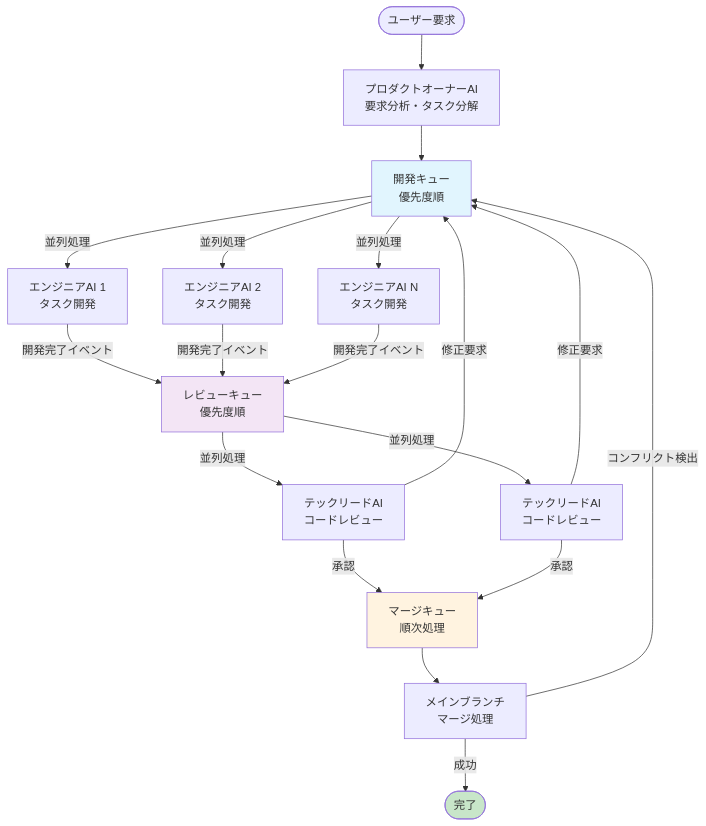
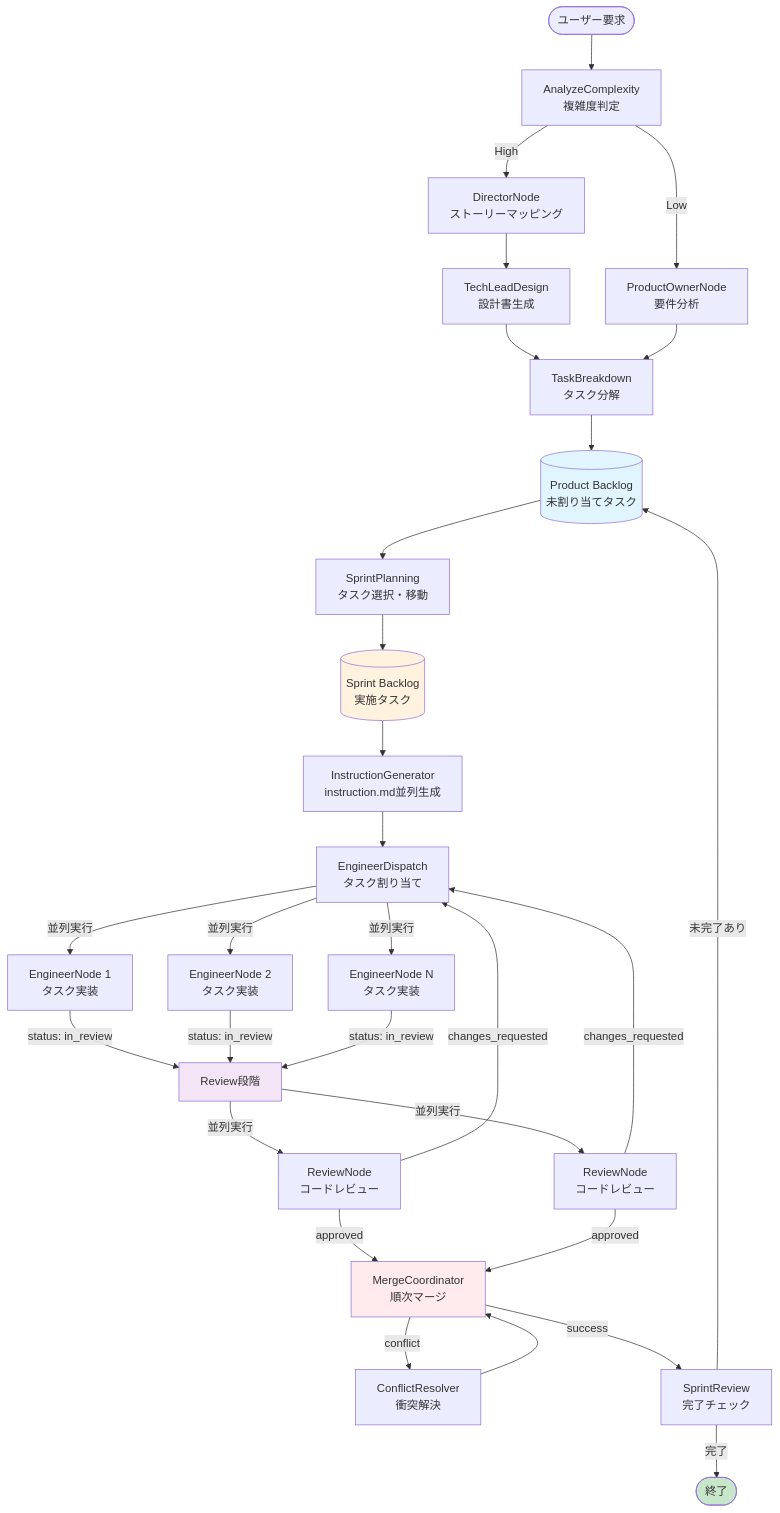
The first of 2 diagrams in docs/parallel-development-workflow.md (titabash/kugutsu), drawn with Mermaid before and after one commit. The commit also changed other lines of this file and 43 other files, not shown here.

````diff
--- a/docs/parallel-development-workflow.md
+++ b/docs/parallel-development-workflow.md
@@ -9,32 +15,51 @@
 ```mermaid
 graph TB
-    Start([ユーザー要求]) --> Analysis[プロダクトオーナーAI<br/>要求分析・タスク分解]
-    Analysis --> DQ[開発キュー<br/>優先度順]
-    
-    DQ --> |並列処理| Dev1[エンジニアAI 1<br/>タスク開発]
-    DQ --> |並列処理| Dev2[エンジニアAI 2<br/>タスク開発]
-    DQ --> |並列処理| Dev3[エンジニアAI N<br/>タスク開発]
-    
-    Dev1 --> |開発完了イベント| RQ[レビューキュー<br/>優先度順]
-    Dev2 --> |開発完了イベント| RQ
-    Dev3 --> |開発完了イベント| RQ
-    
-    RQ --> |並列処理| Rev1[テックリードAI<br/>コードレビュー]
-    RQ --> |並列処理| Rev2[テックリードAI<br/>コードレビュー]
-    
-    Rev1 --> |修正要求| DQ
-    Rev2 --> |修正要求| DQ
-    
-    Rev1 --> |承認| MQ[マージキュー<br/>順次処理]
-    Rev2 --> |承認| MQ
-    
-    MQ --> Merge[メインブランチ<br/>マージ処理]
-    
-    Merge --> |コンフリクト検出| DQ
-    Merge --> |成功| Complete([完了])
-    
-    style DQ fill:#e1f5fe
-    style RQ fill:#f3e5f5
-    style MQ fill:#fff3e0
+    Start([ユーザー要求]) --> Complexity[AnalyzeComplexity<br/>複雑度判定]
+
+    Complexity --> |High| Director[DirectorNode<br/>ストーリーマッピング]
+    Complexity --> |Low| PO[ProductOwnerNode<br/>要件分析]
+
+    Director --> TechLead[TechLeadDesign<br/>設計書生成]
+    TechLead --> TaskBreakdown[TaskBreakdown<br/>タスク分解]
+    PO --> TaskBreakdown
+
+    TaskBreakdown --> ProductBacklog[(Product Backlog<br/>未割り当てタスク)]
+
+    ProductBacklog --> SprintPlanning[SprintPlanning<br/>タスク選択・移動]
+
+    SprintPlanning --> SprintBacklog[(Sprint Backlog<br/>実施タスク)]
+
+    SprintBacklog --> InstructionGen[InstructionGenerator<br/>instruction.md並列生成]
+    InstructionGen --> Dispatch[EngineerDispatch<br/>タスク割り当て]
+
+    Dispatch --> |並列実行| Eng1[EngineerNode 1<br/>タスク実装]
+    Dispatch --> |並列実行| Eng2[EngineerNode 2<br/>タスク実装]
+    Dispatch --> |並列実行| Eng3[EngineerNode N<br/>タスク実装]
+
+    Eng1 --> |status: in_review| ReviewStage[Review段階]
+    Eng2 --> |status: in_review| ReviewStage
+    Eng3 --> |status: in_review| ReviewStage
+
+    ReviewStage --> |並列実行| Rev1[ReviewNode<br/>コードレビュー]
+    ReviewStage --> |並列実行| Rev2[ReviewNode<br/>コードレビュー]
+
+    Rev1 --> |changes_requested| Dispatch
+    Rev2 --> |changes_requested| Dispatch
+
+    Rev1 --> |approved| MergeCoord[MergeCoordinator<br/>順次マージ]
+    Rev2 --> |approved| MergeCoord
+
+    MergeCoord --> |conflict| ConflictRes[ConflictResolver<br/>衝突解決]
+    ConflictRes --> MergeCoord
+
+    MergeCoord --> |success| SprintReview[SprintReview<br/>完了チェック]
+
+    SprintReview --> |未完了あり| ProductBacklog
+    SprintReview --> |完了| Complete([終了])
+
+    style ProductBacklog fill:#e1f5fe
+    style SprintBacklog fill:#fff3e0
+    style ReviewStage fill:#f3e5f5
+    style MergeCoord fill:#ffebee
     style Complete fill:#c8e6c9
 ```
````
